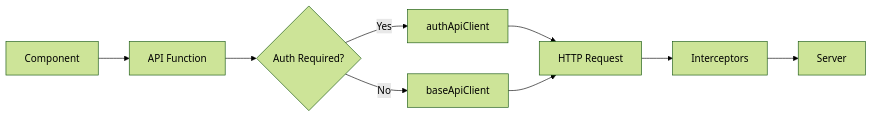
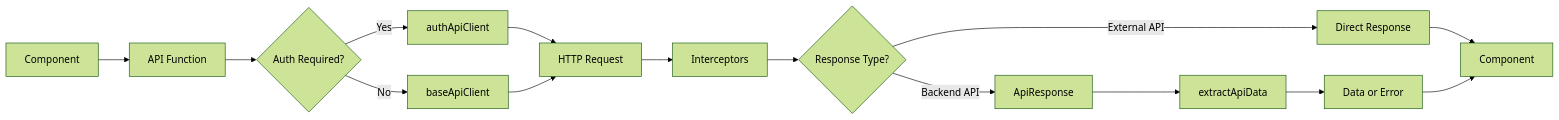
The second of 4 diagrams in docs/architecture.md (brain1401/iroom-student-react), drawn with Mermaid (forest theme) before and after one commit. The commit also changed other lines of this file and 2 other files, not shown here.

First line of the commit message:
feat: API 호출 및 응답 처리 규칙 강화

````diff
--- a/docs/architecture.md
+++ b/docs/architecture.md
@@ -131,11 +131,17 @@
 ```mermaid
 graph LR
     A[Component] --> B[API Function]
     B --> C{Auth Required?}
     C -->|Yes| D[authApiClient]
     C -->|No| E[baseApiClient]
     D --> F[HTTP Request]
     E --> F
     F --> G[Interceptors]
-    G --> H[Server]
+    G --> H{Response Type?}
+    H -->|External API| I[Direct Response]
+    H -->|Backend API| J[ApiResponse<T>]
+    J --> K[extractApiData]
+    K --> L[Data or Error]
+    I --> M[Component]
+    L --> M
 ```
````
